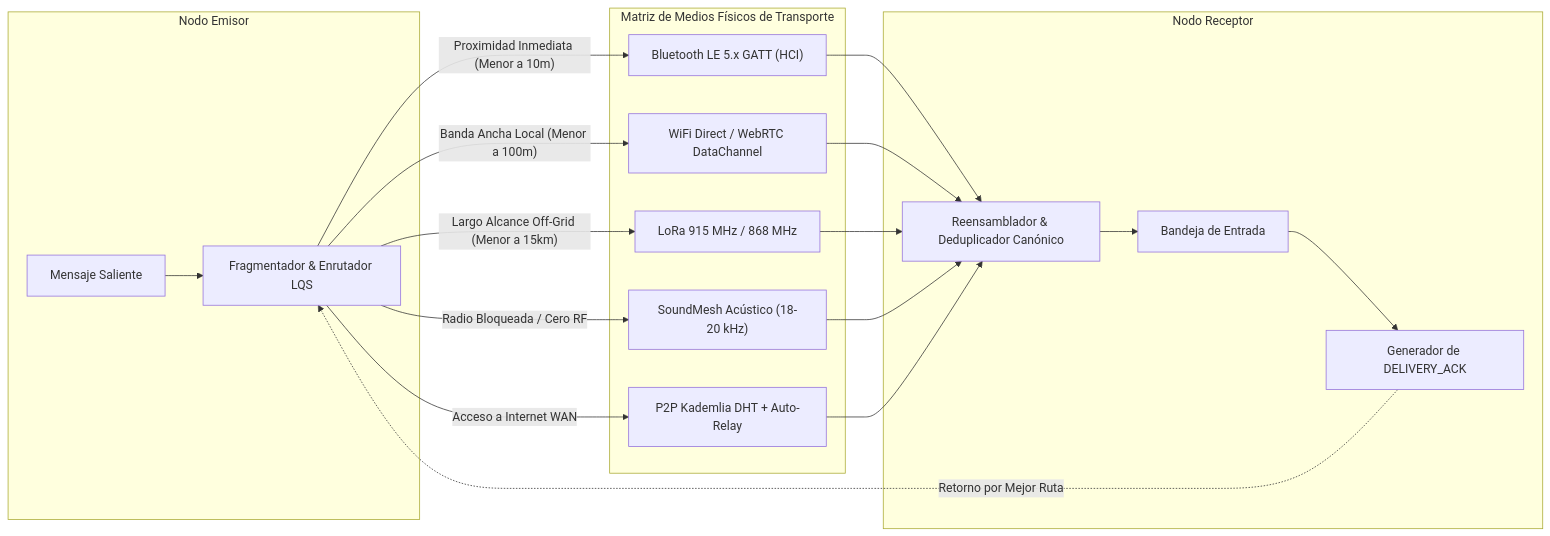
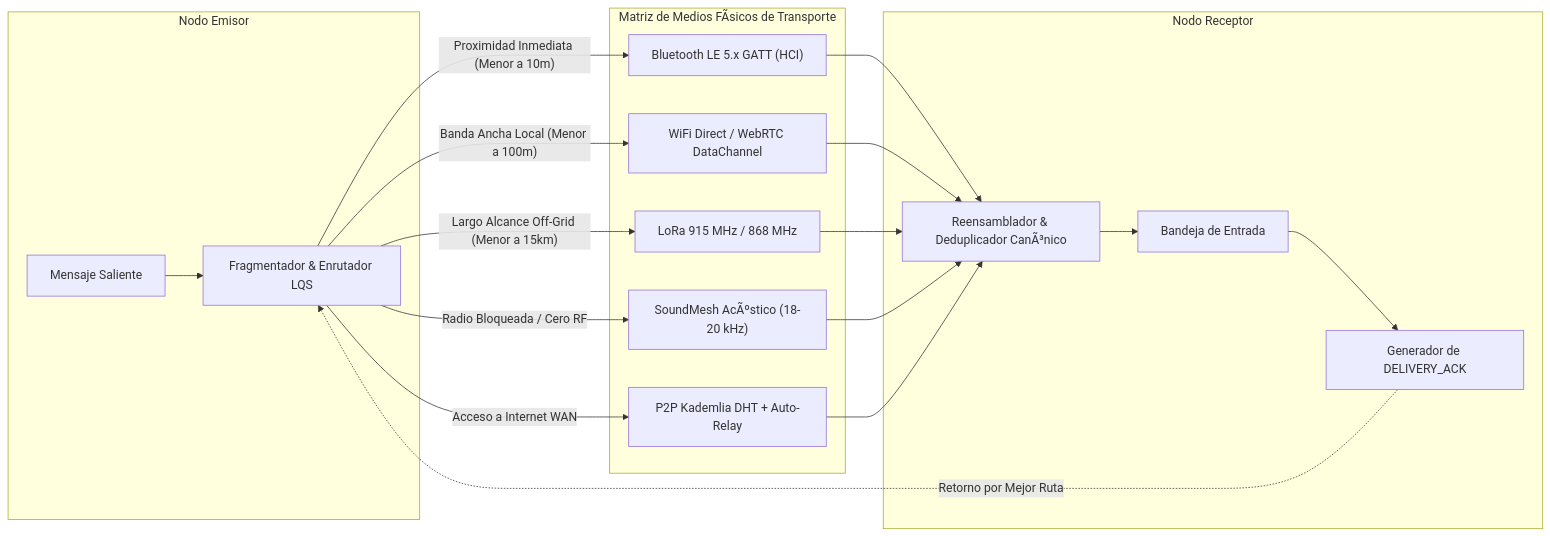
Before and after one commit to DarckRovert/RED: the fourth of 5 diagrams in ARCHITECTURE.md, drawn with Mermaid. The commit also changed other lines of this file and 49 other files, not shown here.

````diff
--- a/ARCHITECTURE.md
+++ b/ARCHITECTURE.md
@@ -202,26 +202,26 @@
 ```mermaid
 graph LR
     subgraph EMISOR ["Nodo Emisor"]
         OUT_MSG["Mensaje Saliente"] --> PACKETIZER["Fragmentador & Enrutador LQS"]
     end
 
-    subgraph MEDIOS_DE_TRANSMISION ["Matriz de Medios Físicos de Transporte"]
+    subgraph MEDIOS_DE_TRANSMISION ["Matriz de Medios FÃ­sicos de Transporte"]
         PACKETIZER -->|"Proximidad Inmediata (Menor a 10m)"| BLE["Bluetooth LE 5.x GATT (HCI)"]
         PACKETIZER -->|"Banda Ancha Local (Menor a 100m)"| WIFI_D["WiFi Direct / WebRTC DataChannel"]
         PACKETIZER -->|"Largo Alcance Off-Grid (Menor a 15km)"| LORA["LoRa 915 MHz / 868 MHz"]
-        PACKETIZER -->|"Radio Bloqueada / Cero RF"| SOUND["SoundMesh Acústico (18-20 kHz)"]
+        PACKETIZER -->|"Radio Bloqueada / Cero RF"| SOUND["SoundMesh AcÃºstico (18-20 kHz)"]
         PACKETIZER -->|"Acceso a Internet WAN"| WAN_KAD["P2P Kademlia DHT + Auto-Relay"]
     end
 
     subgraph RECEPTOR ["Nodo Receptor"]
-        BLE --> DEPACKETIZER["Reensamblador & Deduplicador Canónico"]
+        BLE --> DEPACKETIZER["Reensamblador & Deduplicador CanÃ³nico"]
         WIFI_D --> DEPACKETIZER
         LORA --> DEPACKETIZER
         SOUND --> DEPACKETIZER
         WAN_KAD --> DEPACKETIZER
         DEPACKETIZER --> IN_MSG["Bandeja de Entrada"]
         IN_MSG --> ACK_GEN["Generador de DELIVERY_ACK"]
     end
 
     ACK_GEN -.->|"Retorno por Mejor Ruta"| PACKETIZER
 ```
````
